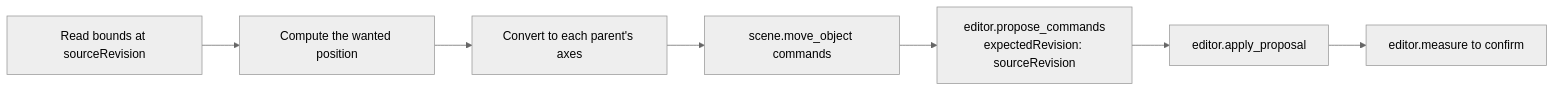
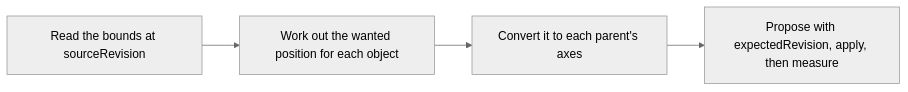
The diagram in docs/tools/editor.plan_placement.md (AbdulHaseeb-1/Movynta), drawn with Mermaid (neutral theme) before and after one commit. The commit also changed other lines of this file and 35 other files, not shown here.

````diff
--- a/docs/tools/editor.plan_placement.md
+++ b/docs/tools/editor.plan_placement.md
@@ -77,9 +89,10 @@
 ```mermaid
 flowchart LR
-  A[Read bounds at sourceRevision] --> B[Compute the wanted position]
-  B --> C[Convert to each parent's axes]
-  C --> D[scene.move_object commands]
-  D --> E[editor.propose_commands<br/>expectedRevision: sourceRevision]
-  E --> F[editor.apply_proposal]
-  F --> G[editor.measure to confirm]
+  S0["Read the bounds at sourceRevision"]
+  S1["Work out the wanted position for each object"]
+  S2["Convert it to each parent's axes"]
+  S3["Propose with expectedRevision, apply, then measure"]
+  S0 --> S1
+  S1 --> S2
+  S2 --> S3
 ```
````
